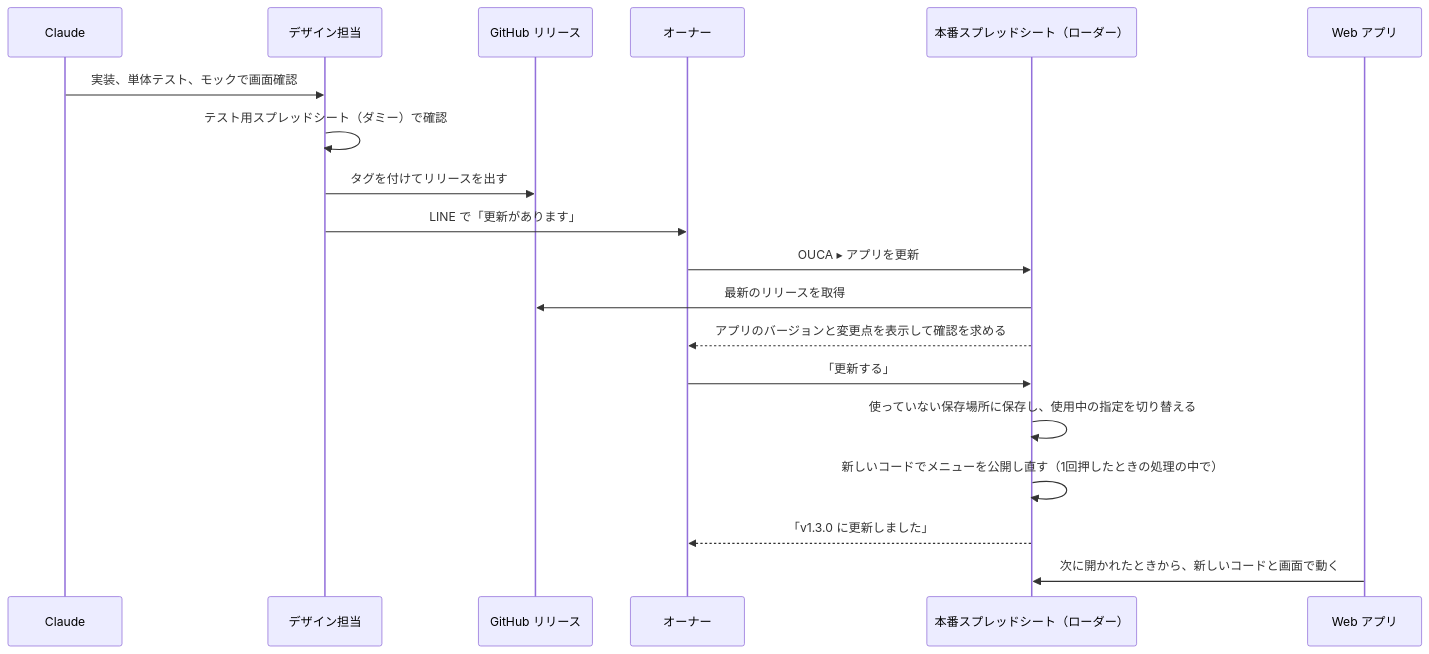
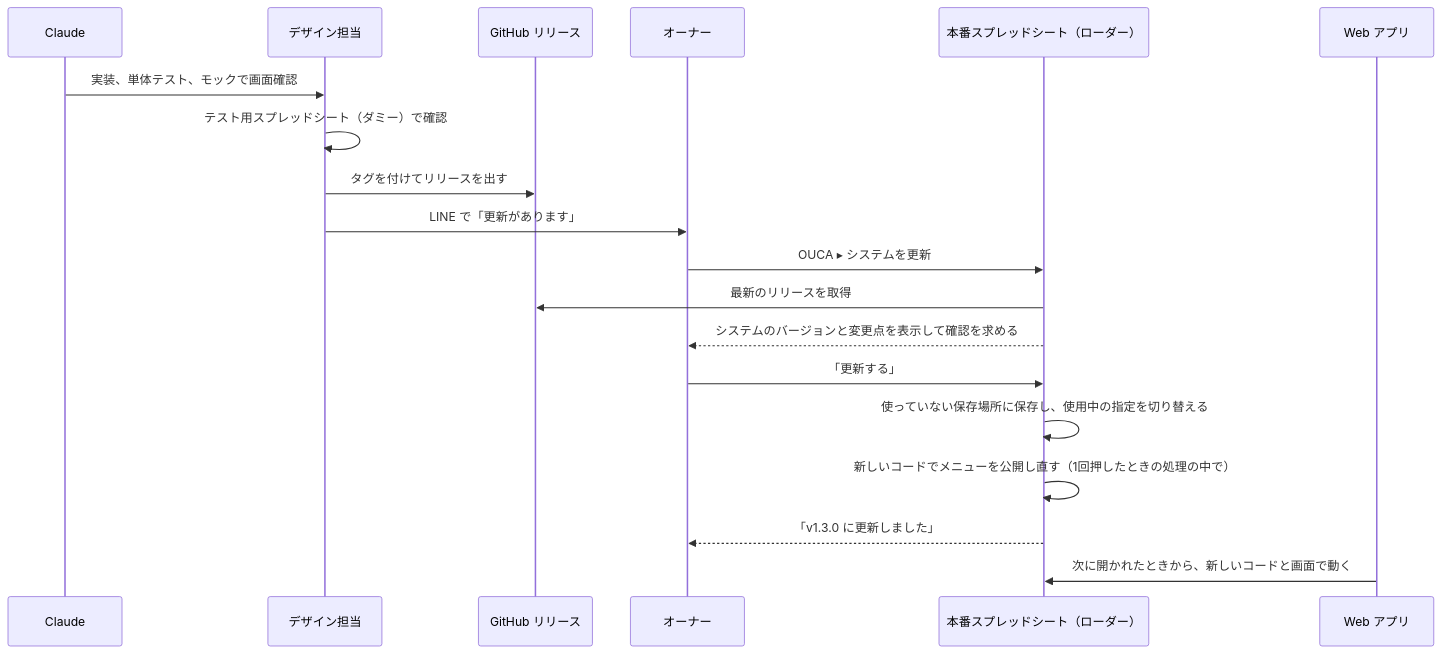
Before and after one commit to yuk-wq/ouca: the second of 2 diagrams in docs/to-be/delivery-flow.md, drawn with Mermaid. The commit also changed other lines of this file and 6 other files, not shown here.

````diff
--- a/docs/to-be/delivery-flow.md
+++ b/docs/to-be/delivery-flow.md
@@ -124,21 +124,21 @@
 ```mermaid
 sequenceDiagram
   participant C as Claude
   participant D as デザイン担当
   participant R as GitHub リリース
   participant O as オーナー
   participant S as 本番スプレッドシート（ローダー）
   participant W as Web アプリ
   C->>D: 実装、単体テスト、モックで画面確認
   D->>D: テスト用スプレッドシート（ダミー）で確認
   D->>R: タグを付けてリリースを出す
   D->>O: LINE で「更新があります」
-  O->>S: OUCA ▸ アプリを更新
+  O->>S: OUCA ▸ システムを更新
   S->>R: 最新のリリースを取得
-  S-->>O: アプリのバージョンと変更点を表示して確認を求める
+  S-->>O: システムのバージョンと変更点を表示して確認を求める
   O->>S: 「更新する」
   S->>S: 使っていない保存場所に保存し、使用中の指定を切り替える
   S->>S: 新しいコードでメニューを公開し直す（1回押したときの処理の中で）
   S-->>O: 「v1.3.0 に更新しました」
   W->>S: 次に開かれたときから、新しいコードと画面で動く
 ```
````
